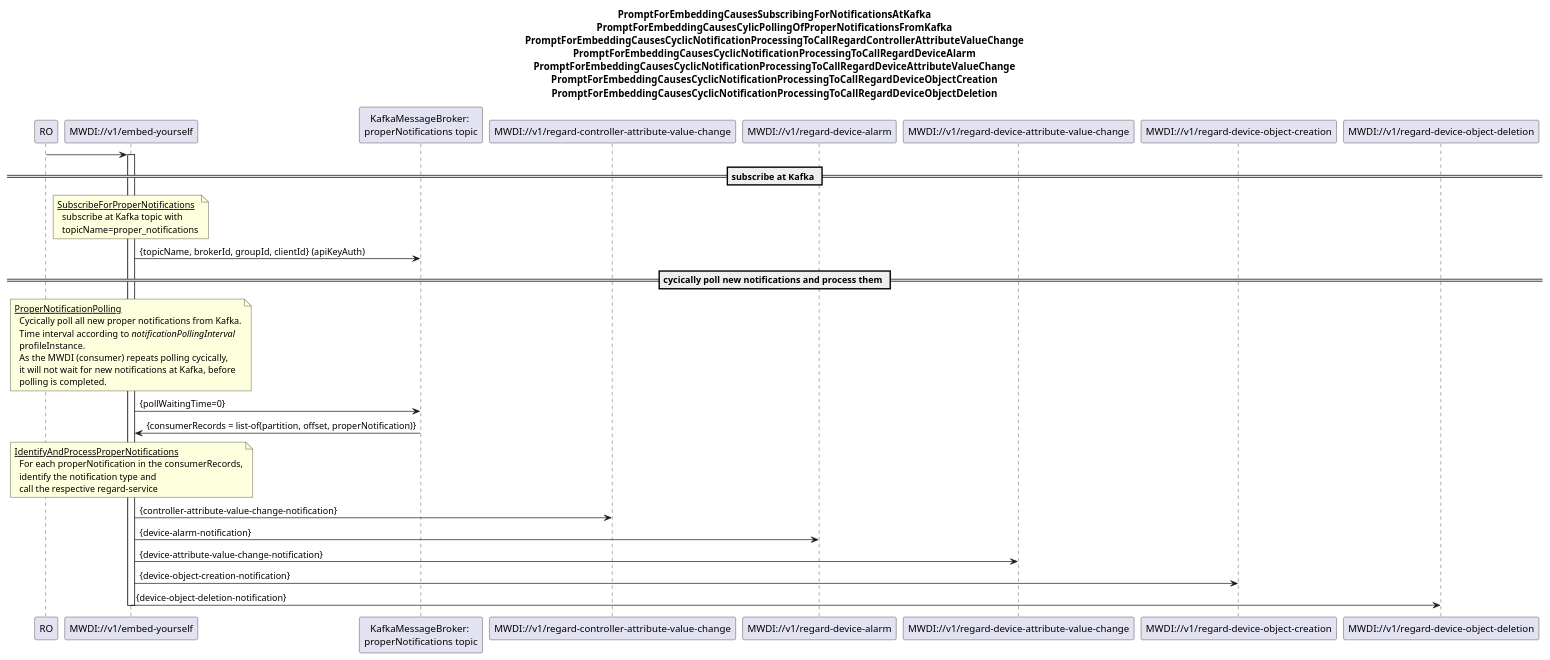
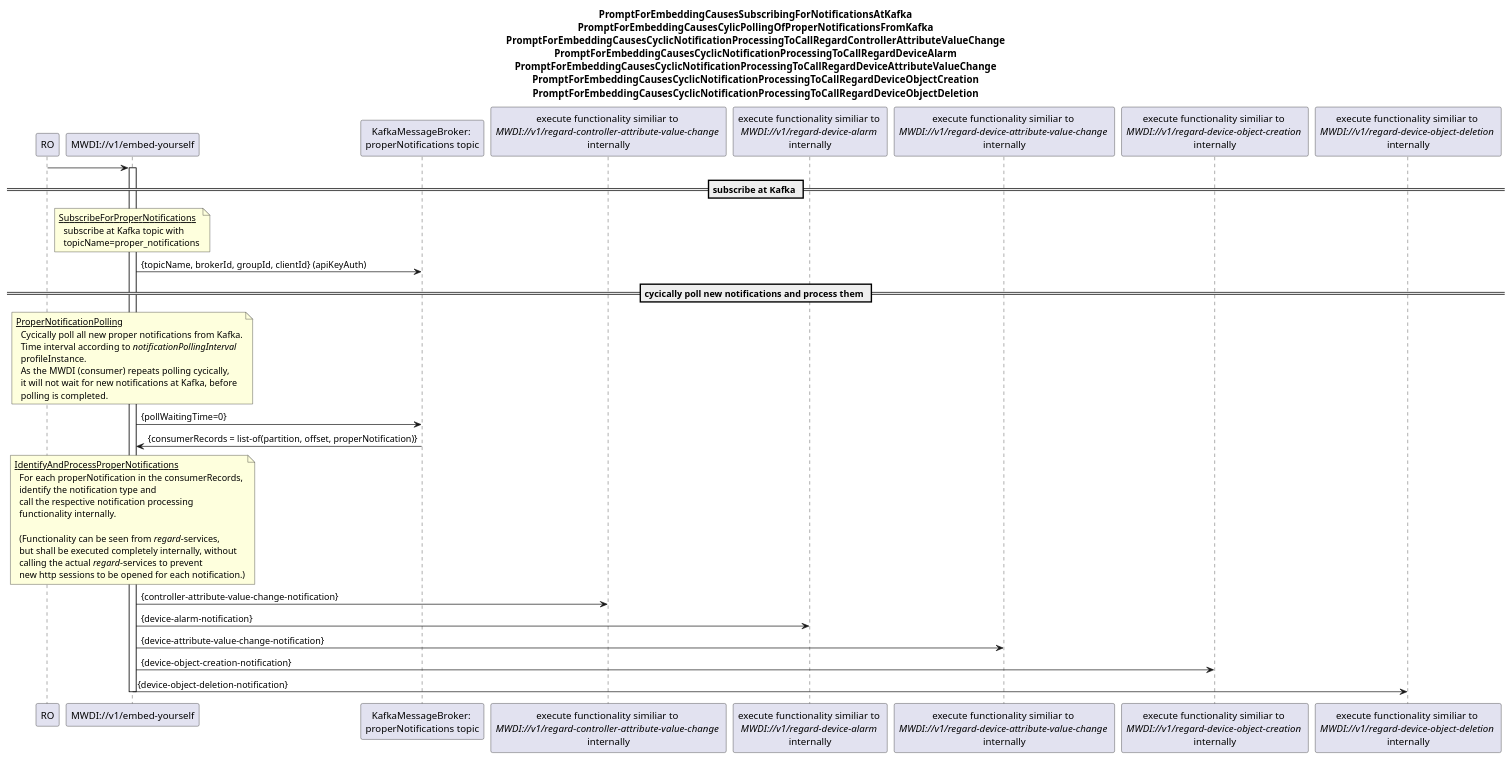
The diagram in spec/diagrams/01x_NotifcationPollingFromKafkaAndProcessing.plantuml (openBackhaul/MicroWaveDeviceInventory), drawn with PlantUML before and after one commit. The commit also changed 13 other files, not shown here.

Commit message:
fix diagrams

```diff
--- a/spec/diagrams/01x_NotifcationPollingFromKafkaAndProcessing.plantuml
+++ b/spec/diagrams/01x_NotifcationPollingFromKafkaAndProcessing.plantuml
@@ -1,62 +1,68 @@
 @startuml 01x_NotificationPollingFromKafkaAndProcessing
 skinparam responseMessageBelowArrow true
 
 title 
 PromptForEmbeddingCausesSubscribingForNotificationsAtKafka
 PromptForEmbeddingCausesCylicPollingOfProperNotificationsFromKafka
 PromptForEmbeddingCausesCyclicNotificationProcessingToCallRegardControllerAttributeValueChange
 PromptForEmbeddingCausesCyclicNotificationProcessingToCallRegardDeviceAlarm
 PromptForEmbeddingCausesCyclicNotificationProcessingToCallRegardDeviceAttributeValueChange
 PromptForEmbeddingCausesCyclicNotificationProcessingToCallRegardDeviceObjectCreation
 PromptForEmbeddingCausesCyclicNotificationProcessingToCallRegardDeviceObjectDeletion
 end title
 
 participant "RO" as ro
 participant "MWDI://v1/embed-yourself" as mwdi
 participant "KafkaMessageBroker: \nproperNotifications topic" as kafka
-participant "MWDI://v1/regard-controller-attribute-value-change" as regardCtrlAttChange
-participant "MWDI://v1/regard-device-alarm" as regardAlarm
-participant "MWDI://v1/regard-device-attribute-value-change" as regardDevAttChange
-participant "MWDI://v1/regard-device-object-creation" as regardDevObjCreation
-participant "MWDI://v1/regard-device-object-deletion" as regardDevObjDeletion
+participant "execute functionality similiar to \n<i>MWDI://v1/regard-controller-attribute-value-change </i>\ninternally" as regardCtrlAttChange
+participant "execute functionality similiar to \n<i>MWDI://v1/regard-device-alarm </i>\ninternally" as regardAlarm
+participant "execute functionality similiar to \n<i>MWDI://v1/regard-device-attribute-value-change </i>\ninternally" as regardDevAttChange
+participant "execute functionality similiar to \n<i>MWDI://v1/regard-device-object-creation </i>\ninternally" as regardDevObjCreation
+participant "execute functionality similiar to \n<i>MWDI://v1/regard-device-object-deletion </i>\ninternally" as regardDevObjDeletion
 
 ro -> mwdi
 activate mwdi
 
 
 == subscribe at Kafka ==
 note over mwdi
 <u>SubscribeForProperNotifications</u>
   subscribe at Kafka topic with
   topicName=proper_notifications
 end note
 mwdi -> kafka: {topicName, brokerId, groupId, clientId} (apiKeyAuth)
 
 == cycically poll new notifications and process them ==
 note over mwdi
 <u>ProperNotificationPolling</u>
   Cycically poll all new proper notifications from Kafka.
   Time interval according to <i>notificationPollingInterval</i>
   profileInstance.
   As the MWDI (consumer) repeats polling cycically,
   it will not wait for new notifications at Kafka, before
   polling is completed.
 end note
 mwdi -> kafka: {pollWaitingTime=0}
 kafka -> mwdi: {consumerRecords = list-of(partition, offset, properNotification)}
 
 note over mwdi
 <u>IdentifyAndProcessProperNotifications</u>
   For each properNotification in the consumerRecords,
   identify the notification type and 
-  call the respective regard-service
+  call the respective notification processing
+  functionality internally.
+
+  (Functionality can be seen from <i>regard</i>-services,
+  but shall be executed completely internally, without
+  calling the actual <i>regard</i>-services to prevent
+  new http sessions to be opened for each notification.)
 end note
 mwdi -> regardCtrlAttChange: {controller-attribute-value-change-notification}
 mwdi -> regardAlarm: {device-alarm-notification}
 mwdi -> regardDevAttChange: {device-attribute-value-change-notification}
 mwdi -> regardDevObjCreation: {device-object-creation-notification}
 mwdi -> regardDevObjDeletion: {device-object-deletion-notification}
 
 deactivate mwdi
 
 @enduml
```
